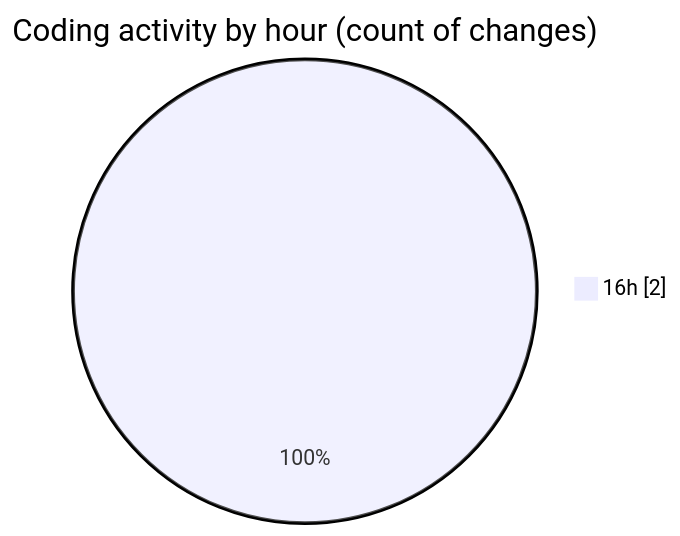
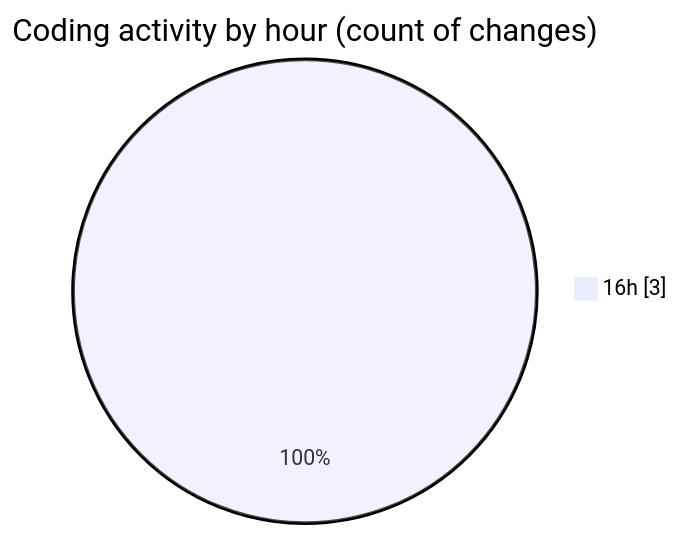
One commit to NitaiMahat/code-tracking changed the second of 2 diagrams in 2025-03-25/startfiles/README.md. Above: the diagram before and after it, drawn with Mermaid. The commit also changed other lines of this file and 1 other file, not shown here.

````diff
--- a/2025-03-25/startfiles/README.md
+++ b/2025-03-25/startfiles/README.md
@@ -28,5 +28,5 @@
 ```mermaid
 pie showData
 title Coding activity by hour (count of changes)
-"16h" : 2
+"16h" : 3
 ```
````
